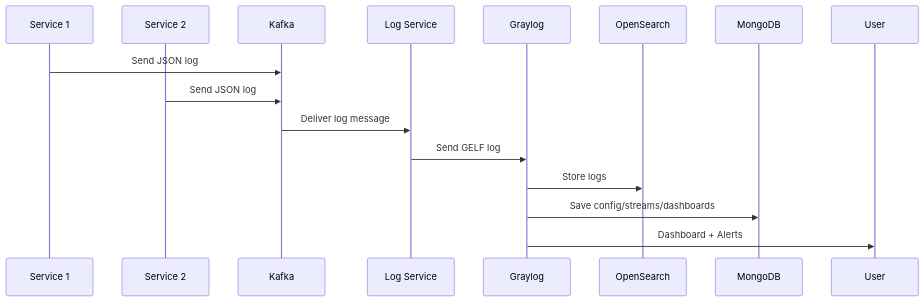
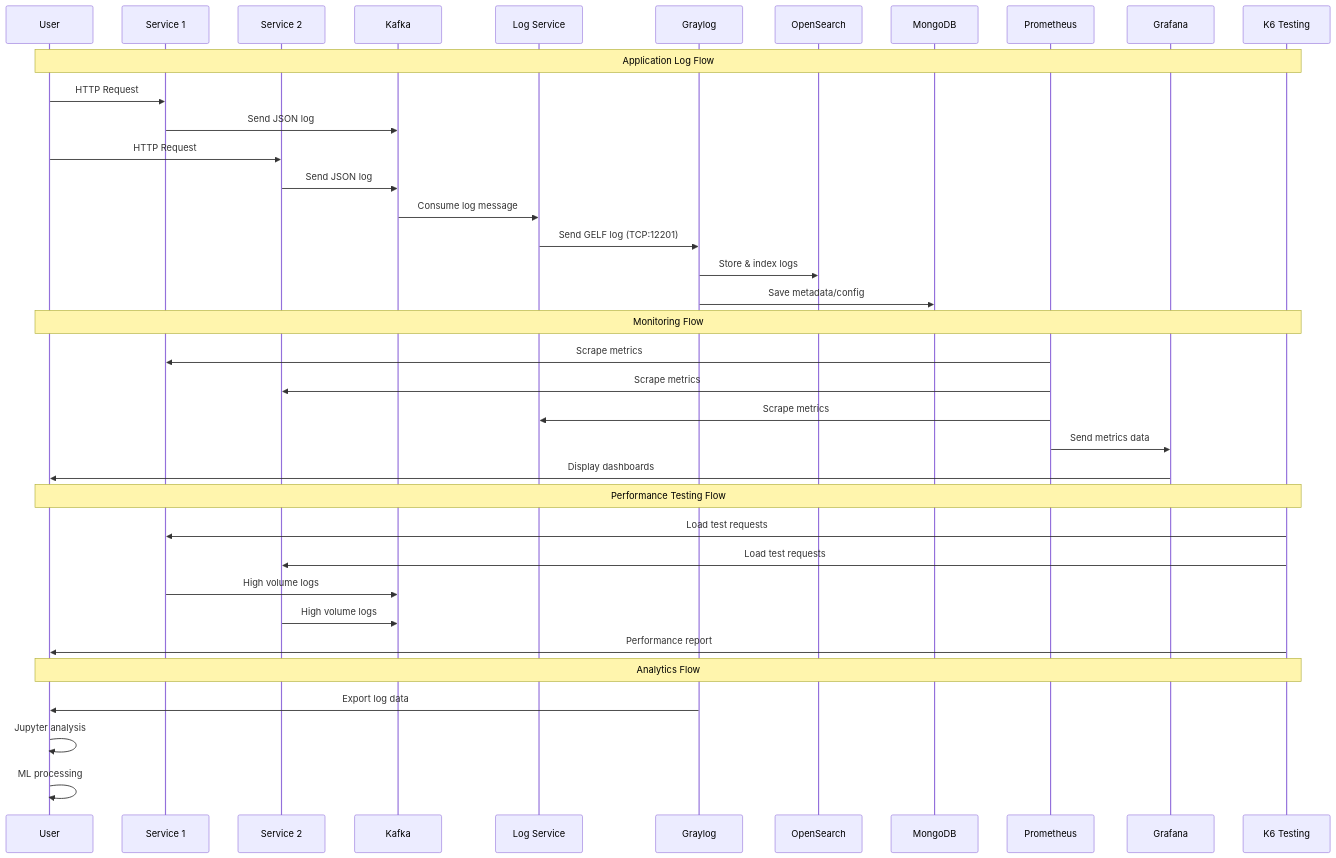
One commit to idris-saddi/log-management changed the second of 7 diagrams in README.md. Above: the diagram before and after it, drawn with Mermaid. The commit also changed other lines of this file and 13 other files, not shown here.

````diff
--- a/README.md
+++ b/README.md
@@ -86,18 +182,43 @@
 ```mermaid
 sequenceDiagram
+    participant User
     participant S1 as Service 1
     participant S2 as Service 2
     participant K as Kafka
     participant LS as Log Service
     participant GL as Graylog
     participant OS as OpenSearch
     participant DB as MongoDB
+    participant P as Prometheus
+    participant G as Grafana
+    participant K6 as K6 Testing
 
+    Note over User, K6: Application Log Flow
+    User->>S1: HTTP Request
     S1->>K: Send JSON log
+    User->>S2: HTTP Request  
     S2->>K: Send JSON log
-    K->>LS: Deliver log message
-    LS->>GL: Send GELF log
-    GL->>OS: Store logs
-    GL->>DB: Save config/streams/dashboards
-    GL->>User: Dashboard + Alerts
+    K->>LS: Consume log message
+    LS->>GL: Send GELF log (TCP:12201)
+    GL->>OS: Store & index logs
+    GL->>DB: Save metadata/config
+
+    Note over User, K6: Monitoring Flow
+    P->>S1: Scrape metrics
+    P->>S2: Scrape metrics
+    P->>LS: Scrape metrics
+    P->>G: Send metrics data
+    G->>User: Display dashboards
+
+    Note over User, K6: Performance Testing Flow
+    K6->>S1: Load test requests
+    K6->>S2: Load test requests
+    S1->>K: High volume logs
+    S2->>K: High volume logs
+    K6->>User: Performance report
+
+    Note over User, K6: Analytics Flow
+    GL->>User: Export log data
+    User->>User: Jupyter analysis
+    User->>User: ML processing
 ```
````
